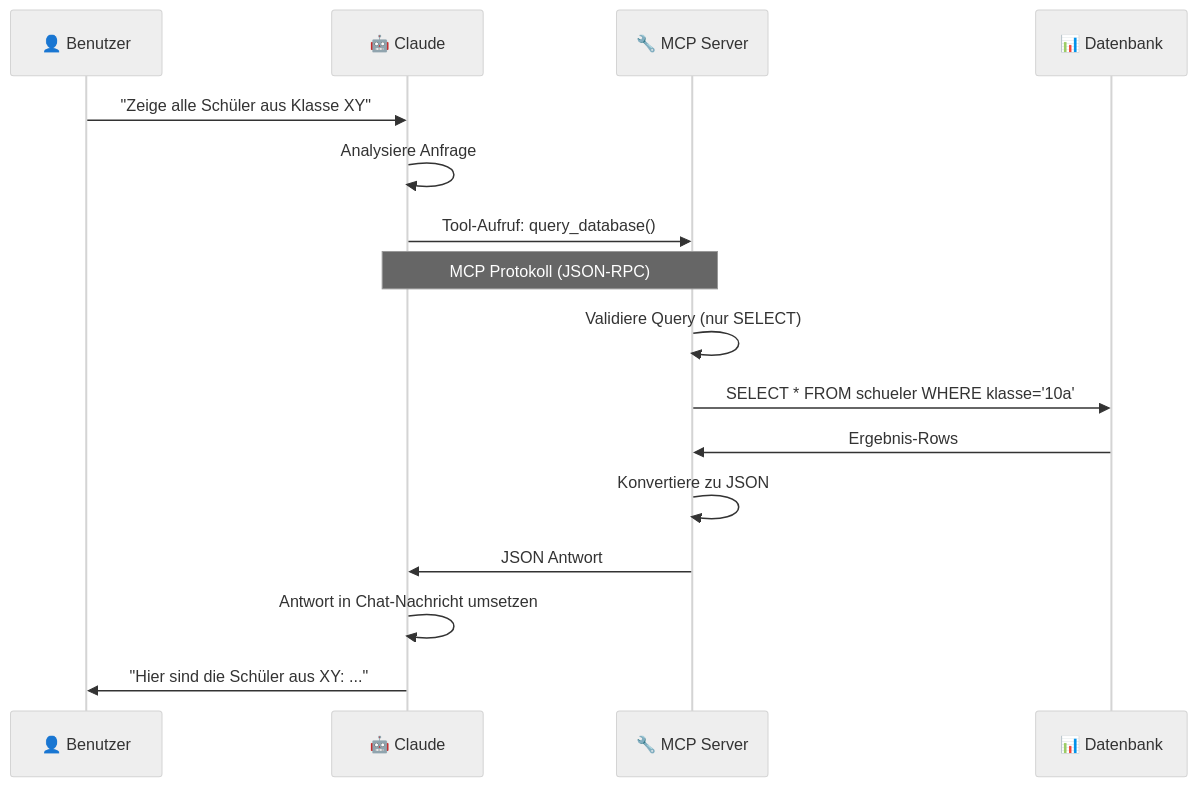
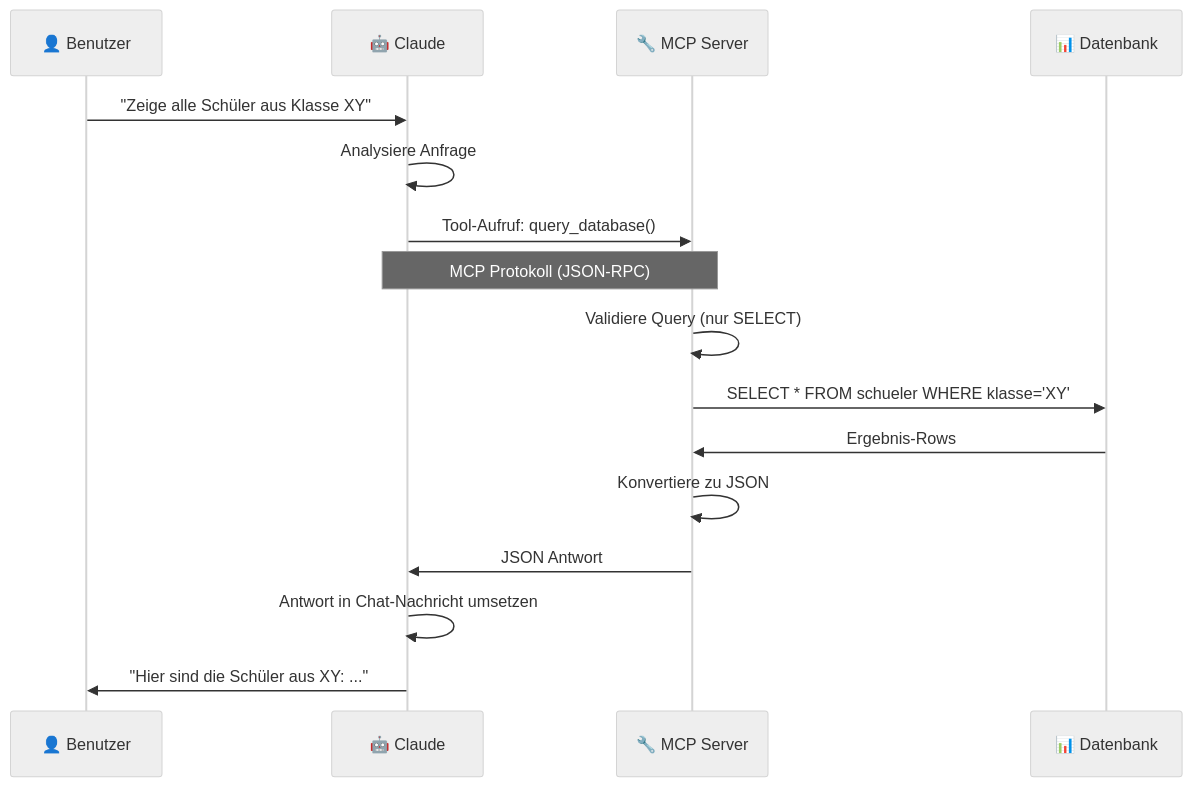
The second of 2 diagrams in README.md (FlowTheTensor/SQLite-mit-MCP), drawn with Mermaid (neutral theme) before and after one commit. The commit also changed other lines of this file, not shown here.

````diff
--- a/README.md
+++ b/README.md
@@ -26,19 +26,19 @@
 ```mermaid
 sequenceDiagram
     participant U as 👤 Benutzer
     participant C as 🤖 Claude
     participant M as 🔧 MCP Server
     participant D as 📊 Datenbank
     
     U->>C: "Zeige alle Schüler aus Klasse XY"
     C->>C: Analysiere Anfrage
     C->>M: Tool-Aufruf: query_database()
     Note over C,M: MCP Protokoll (JSON-RPC)
     M->>M: Validiere Query (nur SELECT)
-    M->>D: SELECT * FROM schueler WHERE klasse='10a'
+    M->>D: SELECT * FROM schueler WHERE klasse='XY'
     D->>M: Ergebnis-Rows
     M->>M: Konvertiere zu JSON
     M->>C: JSON Antwort
     C->>C: Antwort in Chat-Nachricht umsetzen
     C->>U: "Hier sind die Schüler aus XY: ..."
 ```
````
